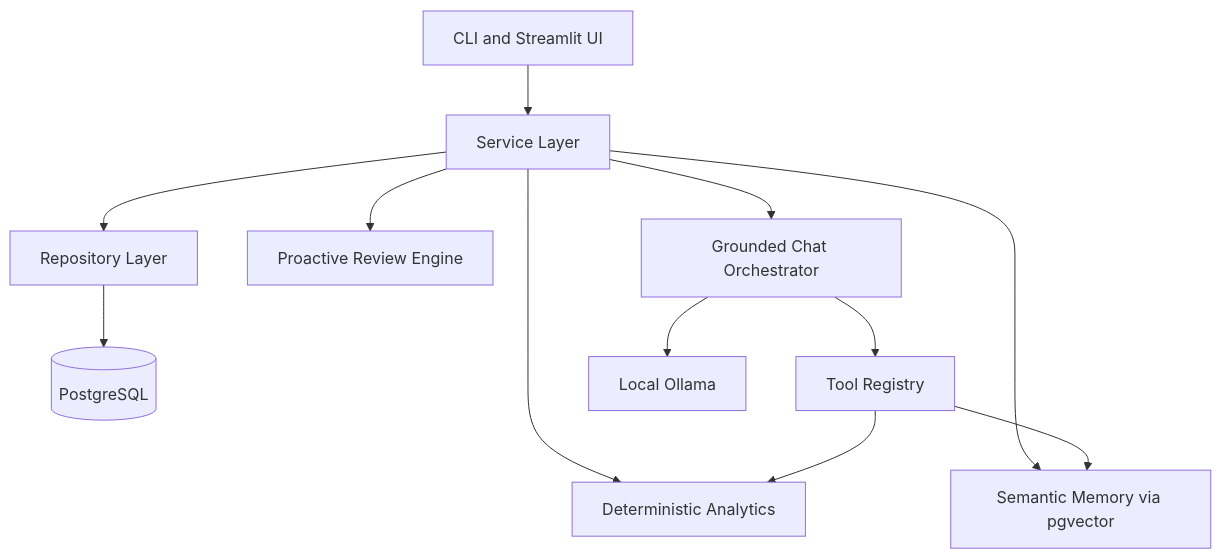
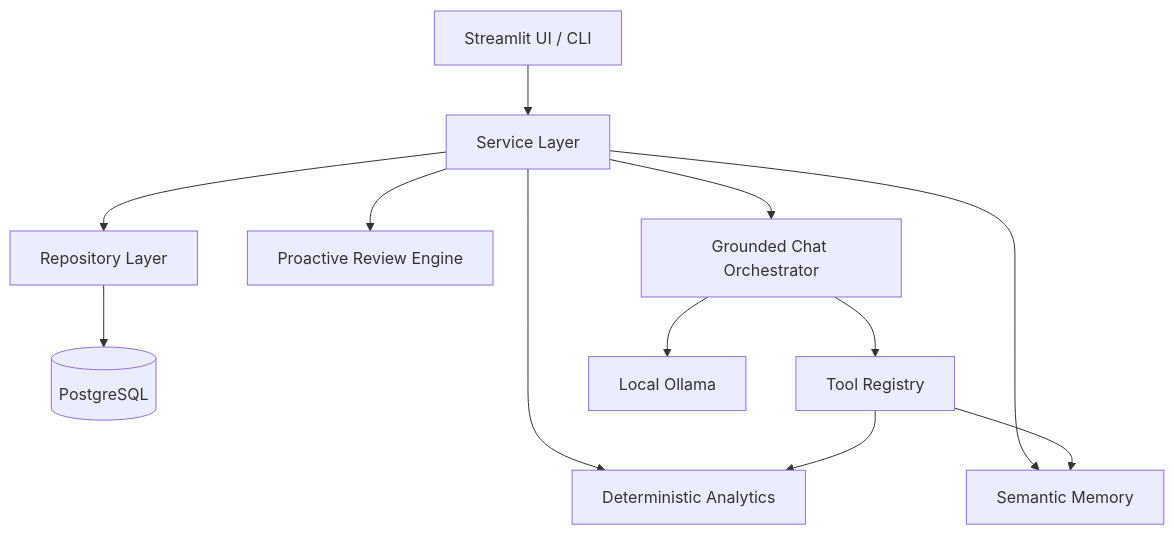
Before and after one commit to sundar139/SentinelBudget-Local-Proactive-Finance-Agent: the diagram in README.md, drawn with Mermaid. The commit also changed other lines of this file and 4 other files, not shown here.

````diff
--- a/README.md
+++ b/README.md
@@ -35,14 +109,14 @@
 ```mermaid
-graph TD
-    UI[CLI and Streamlit UI] --> SVC[Service Layer]
+flowchart TD
+    UI[Streamlit UI / CLI] --> SVC[Service Layer]
     SVC --> REPO[Repository Layer]
-    REPO --> PG[(PostgreSQL)]
+    REPO --> DB[(PostgreSQL)]
     SVC --> ANA[Deterministic Analytics]
-    SVC --> MEM[Semantic Memory via pgvector]
+    SVC --> MEM[Semantic Memory]
     SVC --> REV[Proactive Review Engine]
     SVC --> ORCH[Grounded Chat Orchestrator]
     ORCH --> TOOLS[Tool Registry]
     ORCH --> OLLAMA[Local Ollama]
     TOOLS --> ANA
     TOOLS --> MEM
 ```
````
